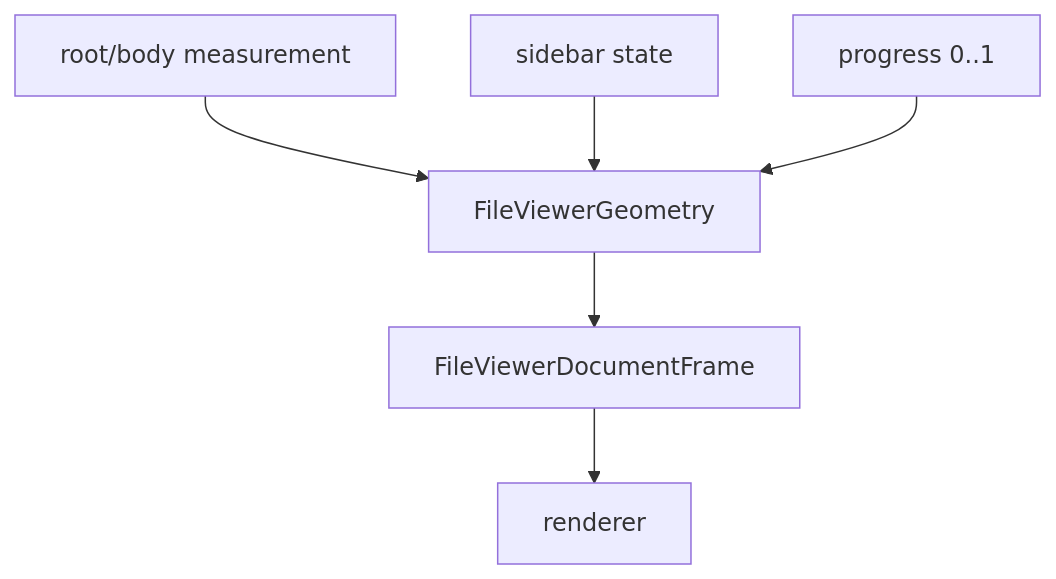
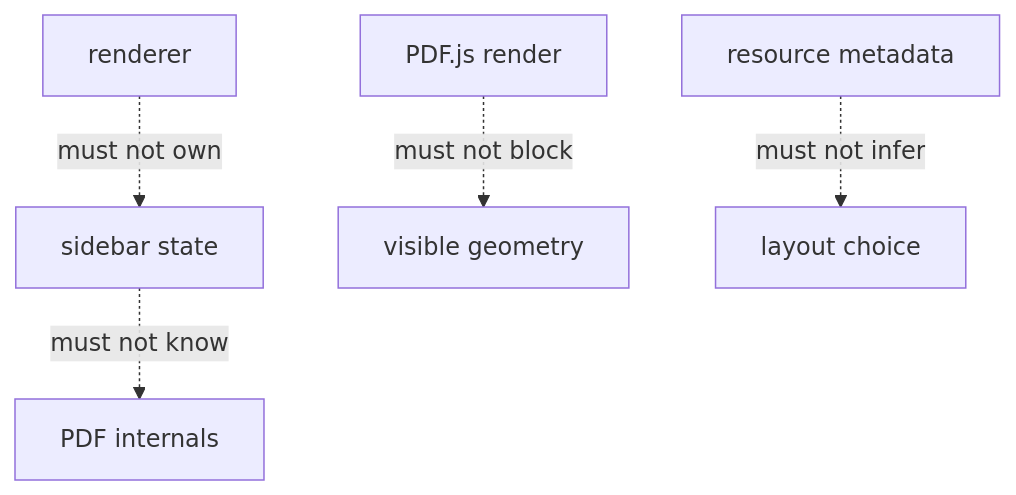
One commit to retab-dev/retab-ui changed diagram 20 of 22 in design/file-viewer-geometry-contract-blueprint.md. Above: the diagram before and after it, drawn with Mermaid. The commit also changed other lines of this file and 98 other files, not shown here.

````diff
--- a/design/file-viewer-geometry-contract-blueprint.md
+++ b/design/file-viewer-geometry-contract-blueprint.md
@@ -425,15 +840,7 @@
 ```mermaid
 flowchart TD
-  RootMeasure["root/body measurement"]
-  SidebarState["sidebar state"]
-  Progress["progress 0..1"]
-  Geometry["FileViewerGeometry"]
-  Frame["FileViewerDocumentFrame"]
-  Renderer["renderer"]
-
-  RootMeasure --> Geometry
-  SidebarState --> Geometry
-  Progress --> Geometry
-  Geometry --> Frame
-  Frame --> Renderer
+  Renderer["renderer"] -. must not own .-> Sidebar["sidebar state"]
+  Work["PDF.js render"] -. must not block .-> Geometry["visible geometry"]
+  Resource["resource metadata"] -. must not infer .-> Layout["layout choice"]
+  Sidebar -. must not know .-> Pdf["PDF internals"]
 ```
````
